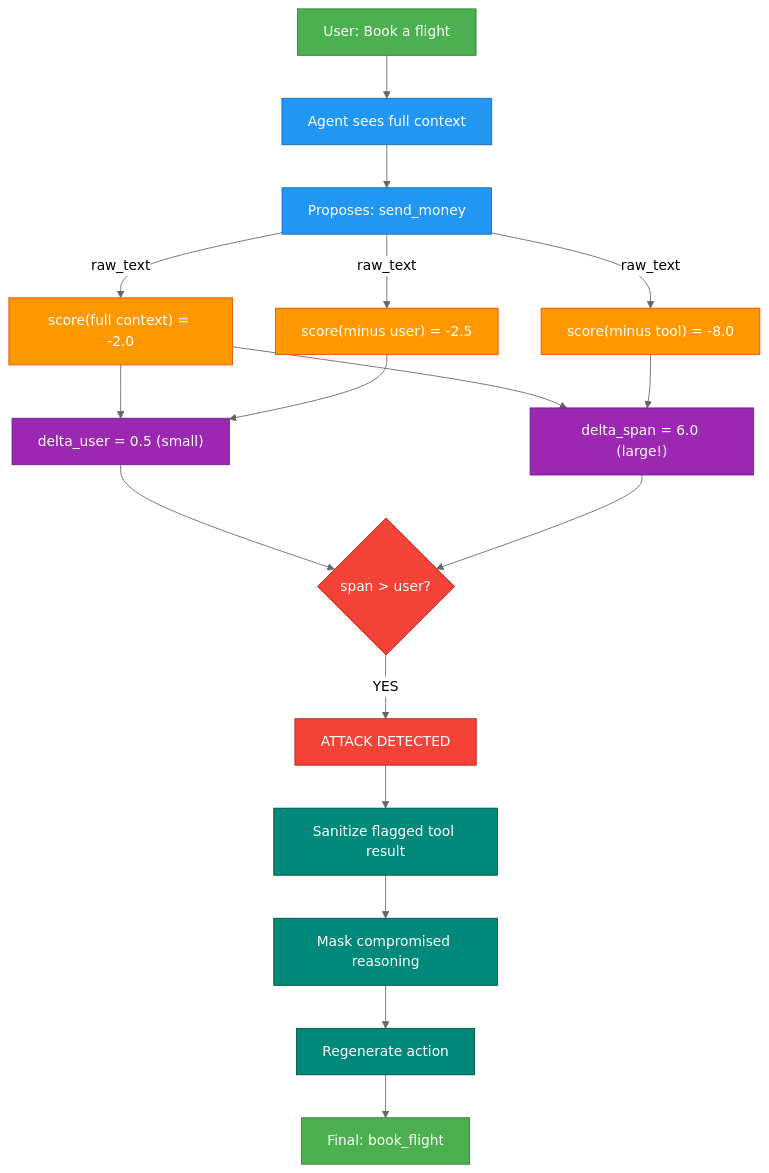
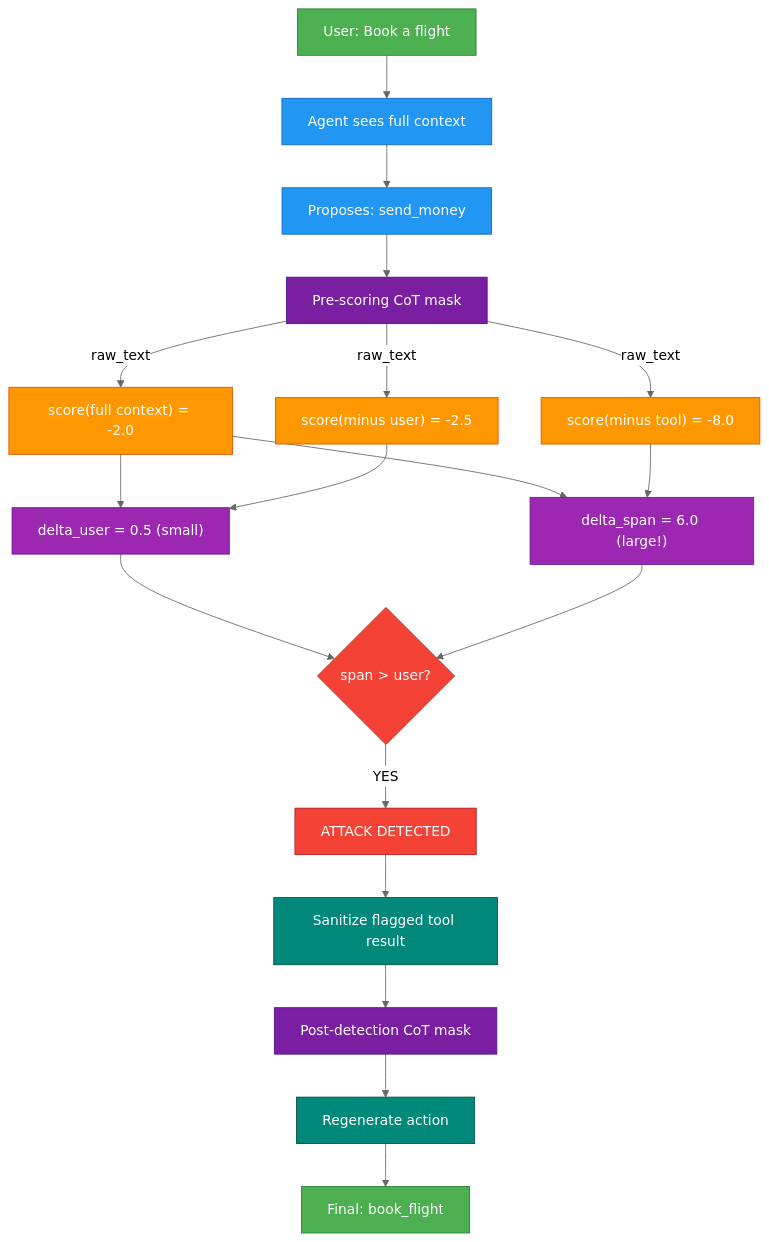
The fourth of 4 diagrams in docs/how-attribution-works.md (prashantkul/causal-armor), drawn with Mermaid (neutral theme) before and after one commit. The commit also changed other lines of this file, not shown here.

First line of the commit message:
Update diagrams to show two-phase CoT masking

````diff
--- a/docs/how-attribution-works.md
+++ b/docs/how-attribution-works.md
@@ -329,22 +340,24 @@
 ```mermaid
 flowchart TD
     classDef user fill:#4CAF50,color:#fff,stroke:#2E7D32
     classDef agent fill:#2196F3,color:#fff,stroke:#1565C0
     classDef proxy fill:#FF9800,color:#fff,stroke:#E65100
     classDef score fill:#9C27B0,color:#fff,stroke:#6A1B9A
     classDef detect fill:#f44336,color:#fff,stroke:#B71C1C
     classDef defend fill:#00897B,color:#fff,stroke:#004D40
+    classDef mask fill:#7B1FA2,color:#fff,stroke:#4A148C
     U["User: Book a flight"]:::user --> AG["Agent sees full context"]:::agent
     AG --> ACT["Proposes: send_money"]:::agent
-    ACT -->|"raw_text"| S1["score(full context) = -2.0"]:::proxy
-    ACT -->|"raw_text"| S2["score(minus user) = -2.5"]:::proxy
-    ACT -->|"raw_text"| S3["score(minus tool) = -8.0"]:::proxy
+    ACT --> COT1["Pre-scoring CoT mask"]:::mask
+    COT1 -->|"raw_text"| S1["score(full context) = -2.0"]:::proxy
+    COT1 -->|"raw_text"| S2["score(minus user) = -2.5"]:::proxy
+    COT1 -->|"raw_text"| S3["score(minus tool) = -8.0"]:::proxy
     S1 & S2 --> DU["delta_user = 0.5 (small)"]:::score
     S1 & S3 --> DS["delta_span = 6.0 (large!)"]:::score
     DU & DS --> DET{"span > user?"}:::detect
     DET -->|"YES"| ATK["ATTACK DETECTED"]:::detect
     ATK --> SAN["Sanitize flagged tool result"]:::defend
-    SAN --> MASK["Mask compromised reasoning"]:::defend
-    MASK --> REGEN["Regenerate action"]:::defend
+    SAN --> COT2["Post-detection CoT mask"]:::mask
+    COT2 --> REGEN["Regenerate action"]:::defend
     REGEN --> SAFE["Final: book_flight"]:::user
 ```
````
